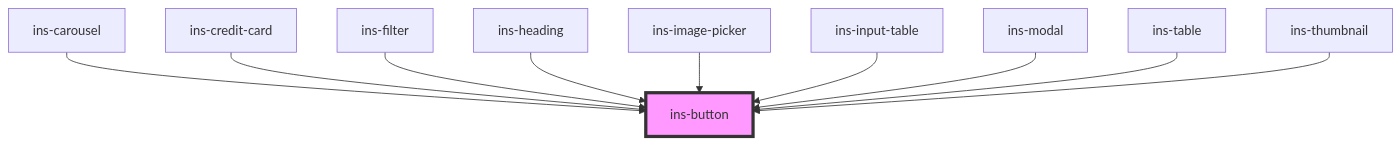
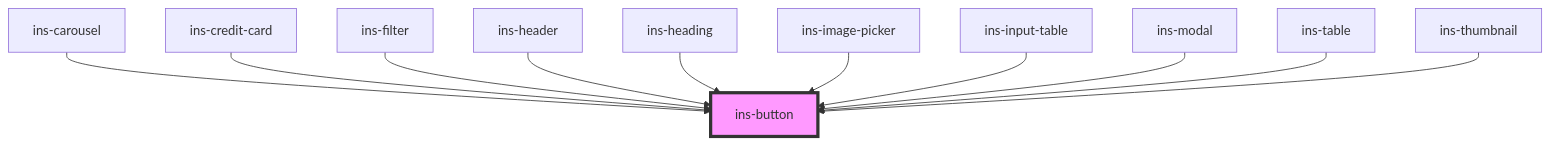
The diagram in components/src/components/ins-button/README.md (insites-io/insites-components-v3), drawn with Mermaid before and after one commit. The commit also changed other lines of this file and 16 other files, not shown here.

Commit message:
[TW#26371963] Port Admin Shell v1.5 as variant=v6 on ins-header, ins-sidebar and ins-sidebar-item

````diff
--- a/components/src/components/ins-button/README.md
+++ b/components/src/components/ins-button/README.md
@@ -57,13 +58,14 @@
 ```mermaid
 graph TD;
   ins-carousel --> ins-button
   ins-credit-card --> ins-button
   ins-filter --> ins-button
+  ins-header --> ins-button
   ins-heading --> ins-button
   ins-image-picker --> ins-button
   ins-input-table --> ins-button
   ins-modal --> ins-button
   ins-table --> ins-button
   ins-thumbnail --> ins-button
   style ins-button fill:#f9f,stroke:#333,stroke-width:4px
 ```
````
